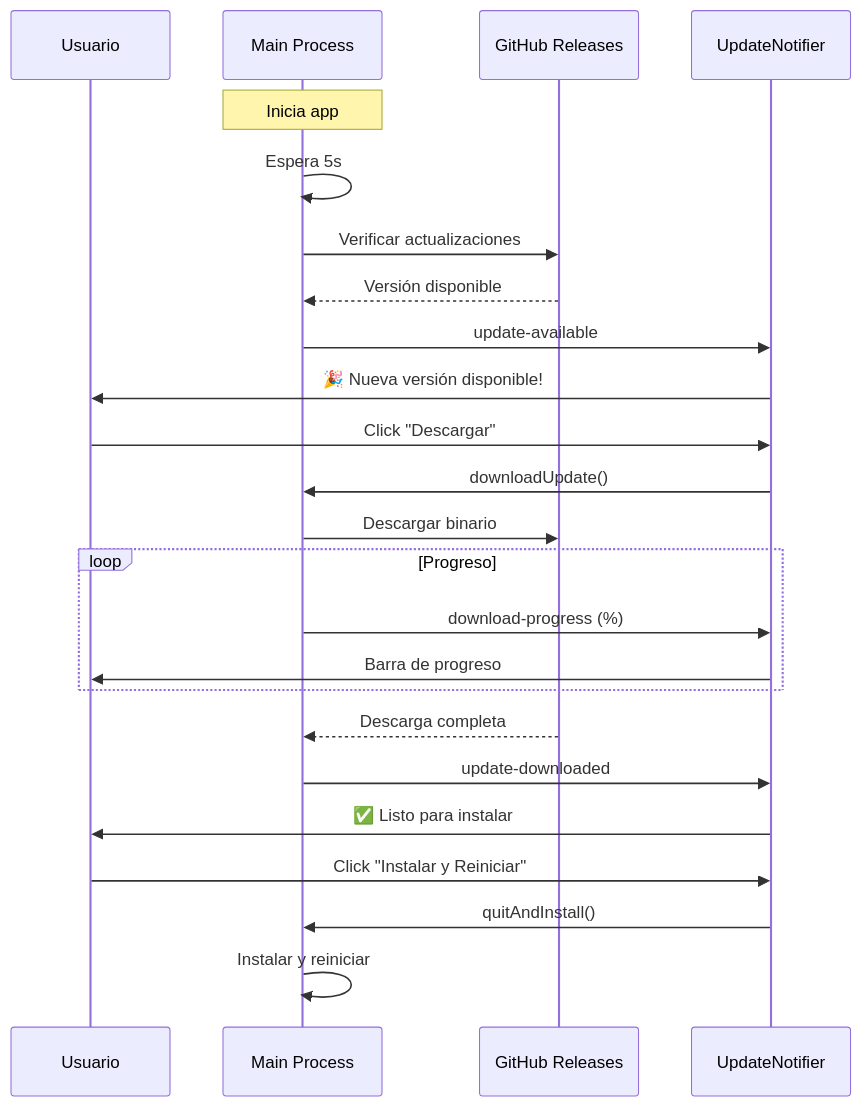
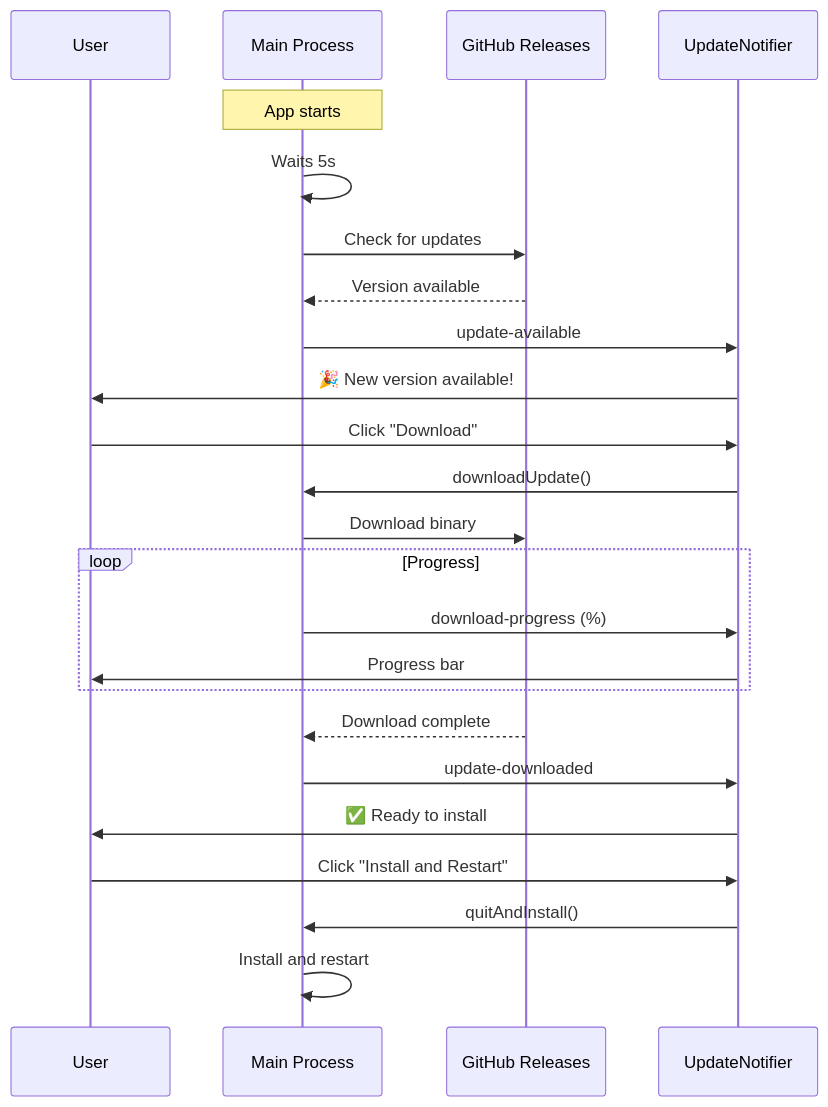
Before and after one commit to MohamedMusthaque/CeroCloud-Desktop: the diagram in docs/AUTO_UPDATE.md, drawn with Mermaid. The commit also changed other lines of this file and 17 other files, not shown here.

````diff
--- a/docs/AUTO_UPDATE.md
+++ b/docs/AUTO_UPDATE.md
@@ -82,31 +82,31 @@
 ```mermaid
 sequenceDiagram
-    participant U as Usuario
+    participant U as User
     participant Main as Main Process
     participant GH as GitHub Releases
     participant UI as UpdateNotifier
 
-    Note over Main: Inicia app
-    Main->>Main: Espera 5s
-    Main->>GH: Verificar actualizaciones
-    GH-->>Main: Versión disponible
+    Note over Main: App starts
+    Main->>Main: Waits 5s
+    Main->>GH: Check for updates
+    GH-->>Main: Version available
     Main->>UI: update-available
-    UI->>U: 🎉 Nueva versión disponible!
+    UI->>U: 🎉 New version available!
 
-    U->>UI: Click "Descargar"
+    U->>UI: Click "Download"
     UI->>Main: downloadUpdate()
-    Main->>GH: Descargar binario
+    Main->>GH: Download binary
     
-    loop Progreso
+    loop Progress
         Main->>UI: download-progress (%)
-        UI->>U: Barra de progreso
+        UI->>U: Progress bar
     end
 
-    GH-->>Main: Descarga completa
+    GH-->>Main: Download complete
     Main->>UI: update-downloaded
-    UI->>U: ✅ Listo para instalar
+    UI->>U: ✅ Ready to install
 
-    U->>UI: Click "Instalar y Reiniciar"
+    U->>UI: Click "Install and Restart"
     UI->>Main: quitAndInstall()
-    Main->>Main: Instalar y reiniciar
+    Main->>Main: Install and restart
 ```
````
